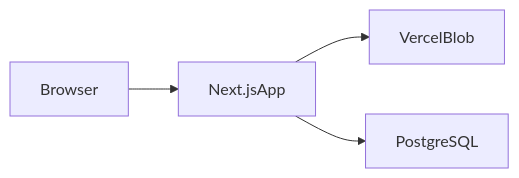
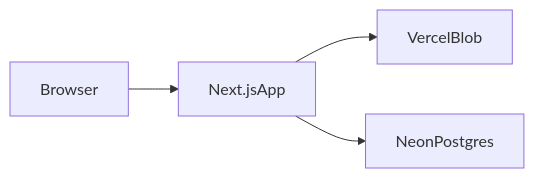
One commit to pdumaitre-dev/video-collab changed the diagram in docs/architecture.md. Above: the diagram before and after it, drawn with Mermaid. The commit also changed other lines of this file and 10 other files, not shown here.

````diff
--- a/docs/architecture.md
+++ b/docs/architecture.md
@@ -7,6 +7,6 @@
 ```mermaid
 flowchart LR
   browser[Browser] --> nextApp["Next.jsApp"]
   nextApp --> blobStore["VercelBlob"]
-  nextApp --> postgres["PostgreSQL"]
+  nextApp --> neon["NeonPostgres"]
 ```
````
